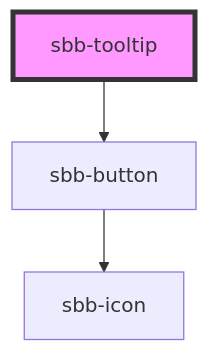
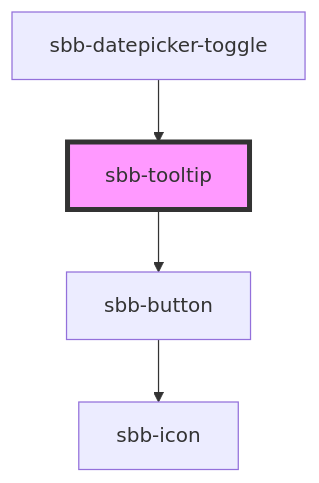
Before and after one commit to sbb-design-systems/lyne-components: the diagram in src/components/sbb-tooltip/readme.md, drawn with Mermaid. The commit also changed other lines of this file and 55 other files, not shown here.

Commit message:
feat(sbb-datepicker): component implementation (#1630)

````diff
--- a/src/components/sbb-tooltip/readme.md
+++ b/src/components/sbb-tooltip/readme.md
@@ -143,6 +147,7 @@
 ```mermaid
 graph TD;
   sbb-tooltip --> sbb-button
   sbb-button --> sbb-icon
+  sbb-datepicker-toggle --> sbb-tooltip
   style sbb-tooltip fill:#f9f,stroke:#333,stroke-width:4px
 ```
````
